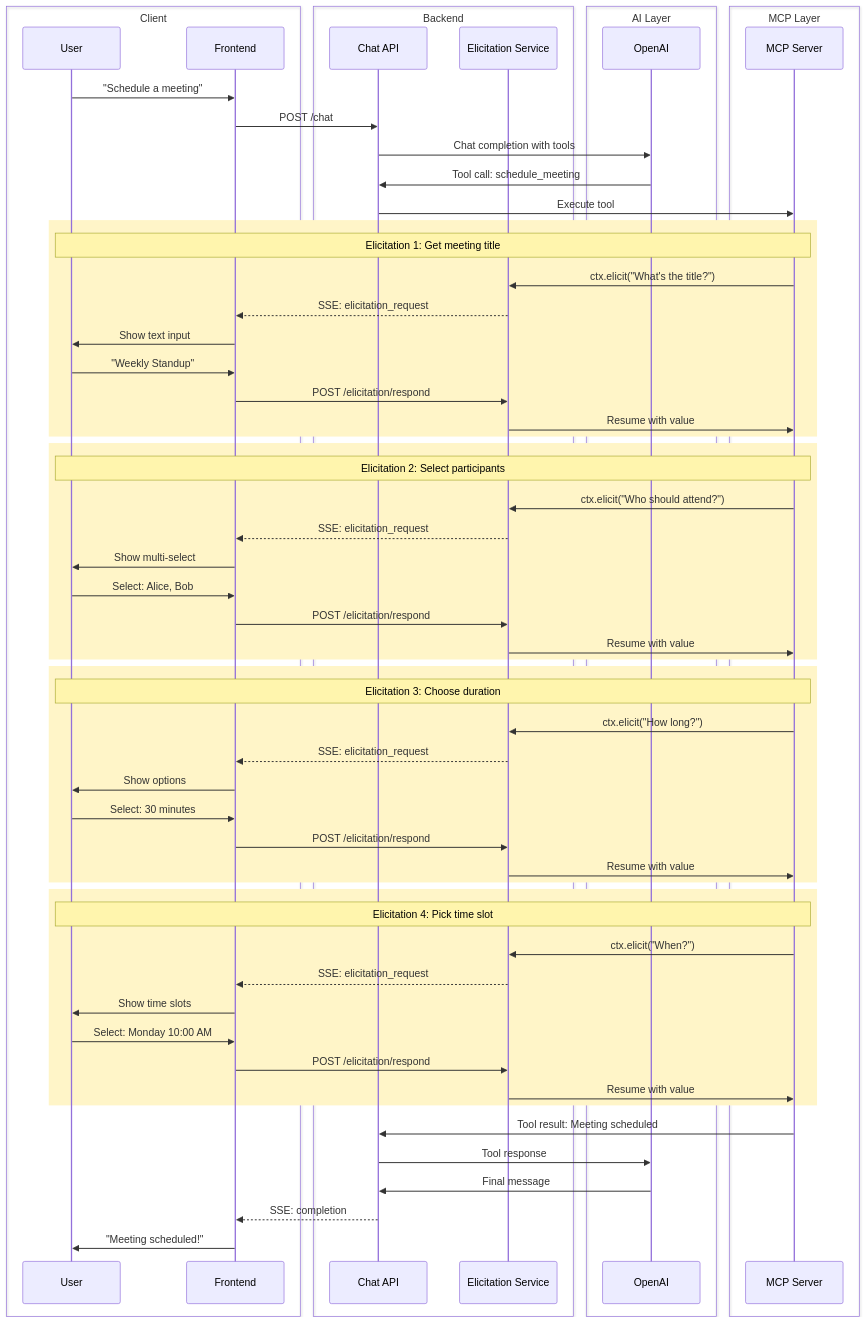
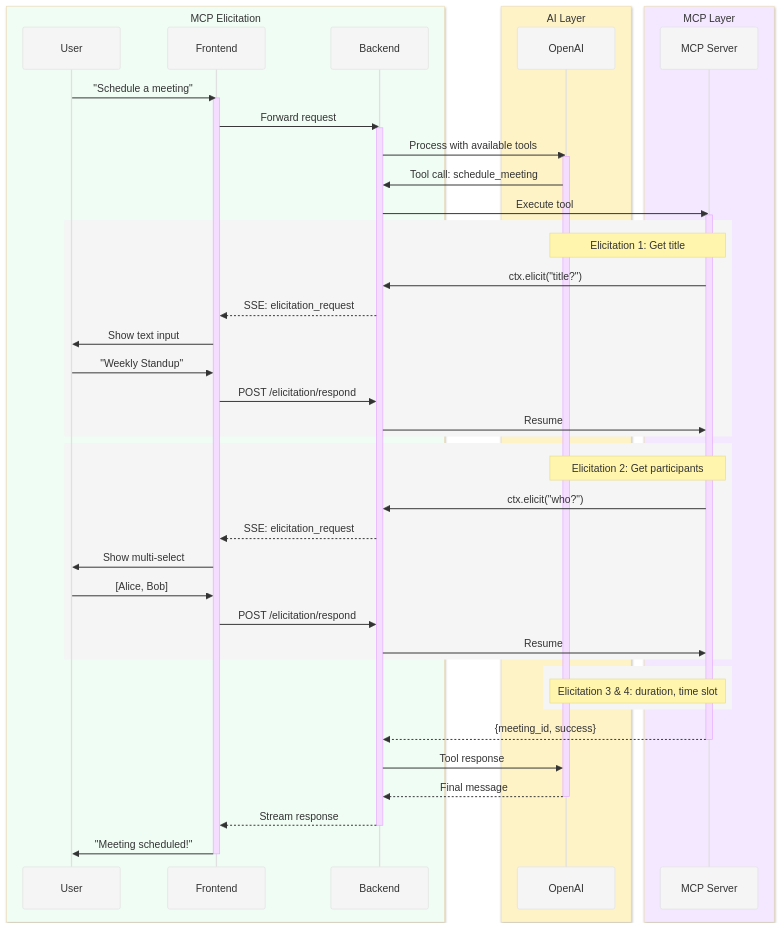
Before and after one commit to quickcall-dev/quickcall-mcp-elicitation: the second of 2 diagrams in README.md, drawn with Mermaid. The commit also changed other lines of this file, not shown here.

Commit message:
Add comprehensive README with architecture diagrams
- Add Mermaid flowchart for system architecture
- Add sequence diagram for elicitation flow
- Color-coded boxes matching QuickCall style
- Grey participant boxes with colored column backgrounds
- Collapsible sections for code examples
- QuickCall attribution with link

````diff
--- a/README.md
+++ b/README.md
@@ -77,72 +81,59 @@
 ```mermaid
+%%{init: {'theme': 'base', 'themeVariables': { 'actorBkg': '#f5f5f5', 'actorBorder': '#e0e0e0' }}}%%
 sequenceDiagram
-    box Client
+    box rgb(240, 253, 244) MCP Elicitation
         participant User
         participant Frontend
+        participant Backend
     end
-
-    box Backend
-        participant API as Chat API
-        participant Elicit as Elicitation Service
-    end
-
-    box AI Layer
+    box rgb(254, 243, 199) AI Layer
         participant OpenAI
     end
-
-    box MCP Layer
+    box rgb(243, 232, 255) MCP Layer
         participant MCP as MCP Server
     end
 
     User->>Frontend: "Schedule a meeting"
-    Frontend->>API: POST /chat
-    API->>OpenAI: Chat completion with tools
-    OpenAI->>API: Tool call: schedule_meeting
-    API->>MCP: Execute tool
+    activate Frontend
+    Frontend->>Backend: Forward request
+    activate Backend
+    Backend->>OpenAI: Process with available tools
+    activate OpenAI
+    OpenAI->>Backend: Tool call: schedule_meeting
+    Backend->>MCP: Execute tool
+    activate MCP
 
-    rect rgb(255, 245, 200)
-        Note over MCP,User: Elicitation 1: Get meeting title
-        MCP->>Elicit: ctx.elicit("What's the title?")
-        Elicit-->>Frontend: SSE: elicitation_request
+    rect rgb(245, 245, 245)
+        Note over OpenAI,MCP: Elicitation 1: Get title
+        MCP->>Backend: ctx.elicit("title?")
+        Backend-->>Frontend: SSE: elicitation_request
         Frontend->>User: Show text input
         User->>Frontend: "Weekly Standup"
-        Frontend->>Elicit: POST /elicitation/respond
-        Elicit->>MCP: Resume with value
+        Frontend->>Backend: POST /elicitation/respond
+        Backend->>MCP: Resume
     end
 
-    rect rgb(255, 245, 200)
-        Note over MCP,User: Elicitation 2: Select participants
-        MCP->>Elicit: ctx.elicit("Who should attend?")
-        Elicit-->>Frontend: SSE: elicitation_request
+    rect rgb(245, 245, 245)
+        Note over OpenAI,MCP: Elicitation 2: Get participants
+        MCP->>Backend: ctx.elicit("who?")
+        Backend-->>Frontend: SSE: elicitation_request
         Frontend->>User: Show multi-select
-        User->>Frontend: Select: Alice, Bob
-        Frontend->>Elicit: POST /elicitation/respond
-        Elicit->>MCP: Resume with value
+        User->>Frontend: [Alice, Bob]
+        Frontend->>Backend: POST /elicitation/respond
+        Backend->>MCP: Resume
     end
 
-    rect rgb(255, 245, 200)
-        Note over MCP,User: Elicitation 3: Choose duration
-        MCP->>Elicit: ctx.elicit("How long?")
-        Elicit-->>Frontend: SSE: elicitation_request
-        Frontend->>User: Show options
-        User->>Frontend: Select: 30 minutes
-        Frontend->>Elicit: POST /elicitation/respond
-        Elicit->>MCP: Resume with value
+    rect rgb(245, 245, 245)
+        Note over OpenAI,MCP: Elicitation 3 & 4: duration, time slot
     end
 
-    rect rgb(255, 245, 200)
-        Note over MCP,User: Elicitation 4: Pick time slot
-        MCP->>Elicit: ctx.elicit("When?")
-        Elicit-->>Frontend: SSE: elicitation_request
-        Frontend->>User: Show time slots
-        User->>Frontend: Select: Monday 10:00 AM
-        Frontend->>Elicit: POST /elicitation/respond
-        Elicit->>MCP: Resume with value
-    end
-
-    MCP->>API: Tool result: Meeting scheduled
-    API->>OpenAI: Tool response
-    OpenAI->>API: Final message
-    API-->>Frontend: SSE: completion
+    MCP-->>Backend: {meeting_id, success}
+    deactivate MCP
+    Backend->>OpenAI: Tool response
+    OpenAI-->>Backend: Final message
+    deactivate OpenAI
+    Backend-->>Frontend: Stream response
+    deactivate Backend
     Frontend->>User: "Meeting scheduled!"
+    deactivate Frontend
 ```
````
